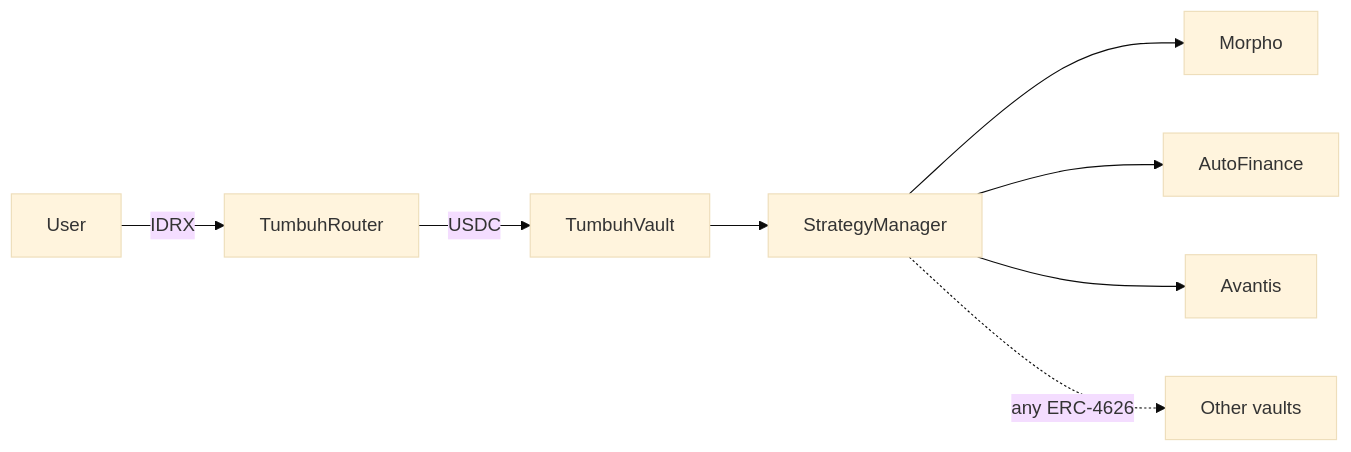
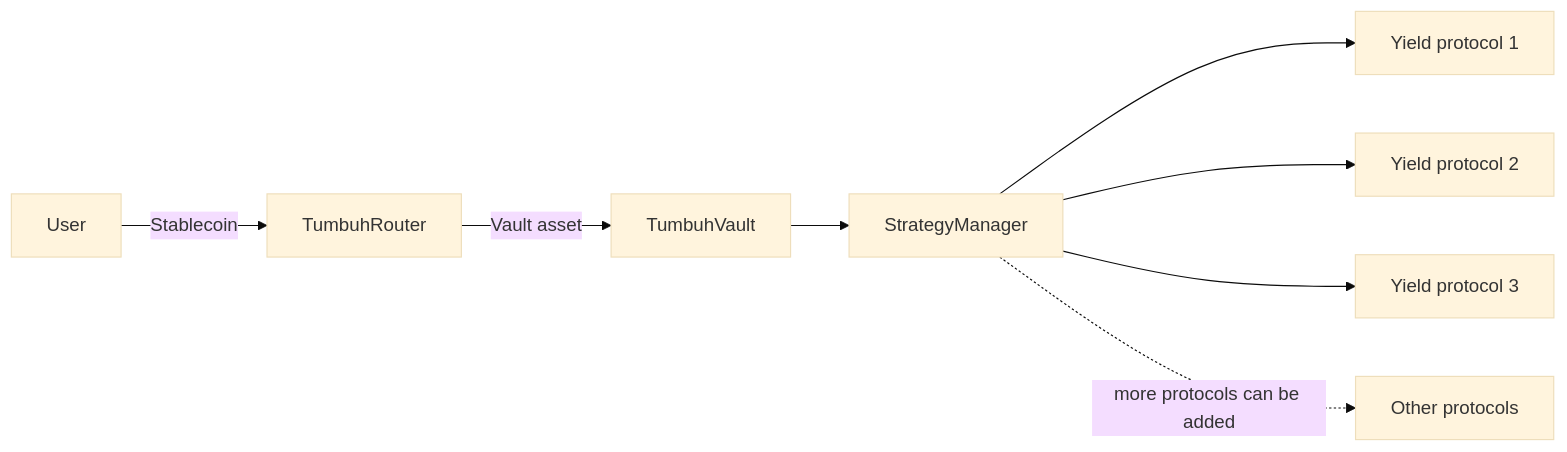
One commit to tumbuh-fi/docs changed the diagram in introduction.mdx. Above: the diagram before and after it, drawn with Mermaid (base theme). The commit also changed other lines of this file and 5 other files, not shown here.

````diff
--- a/introduction.mdx
+++ b/introduction.mdx
@@ -18,10 +18,10 @@
 ```mermaid
 flowchart LR
-    User -->|IDRX| Router[TumbuhRouter]
-    Router -->|USDC| Vault[TumbuhVault]
+    User -->|Stablecoin| Router[TumbuhRouter]
+    Router -->|Vault asset| Vault[TumbuhVault]
     Vault --> SM[StrategyManager]
-    SM --> Morpho[Morpho]
-    SM --> Auto[AutoFinance]
-    SM --> Avantis[Avantis]
-    SM -.->|"any ERC-4626"| Other[Other vaults]
+    SM --> P1[Yield protocol 1]
+    SM --> P2[Yield protocol 2]
+    SM --> P3[Yield protocol 3]
+    SM -.->|"more protocols can be added"| Other[Other protocols]
 ```
````
